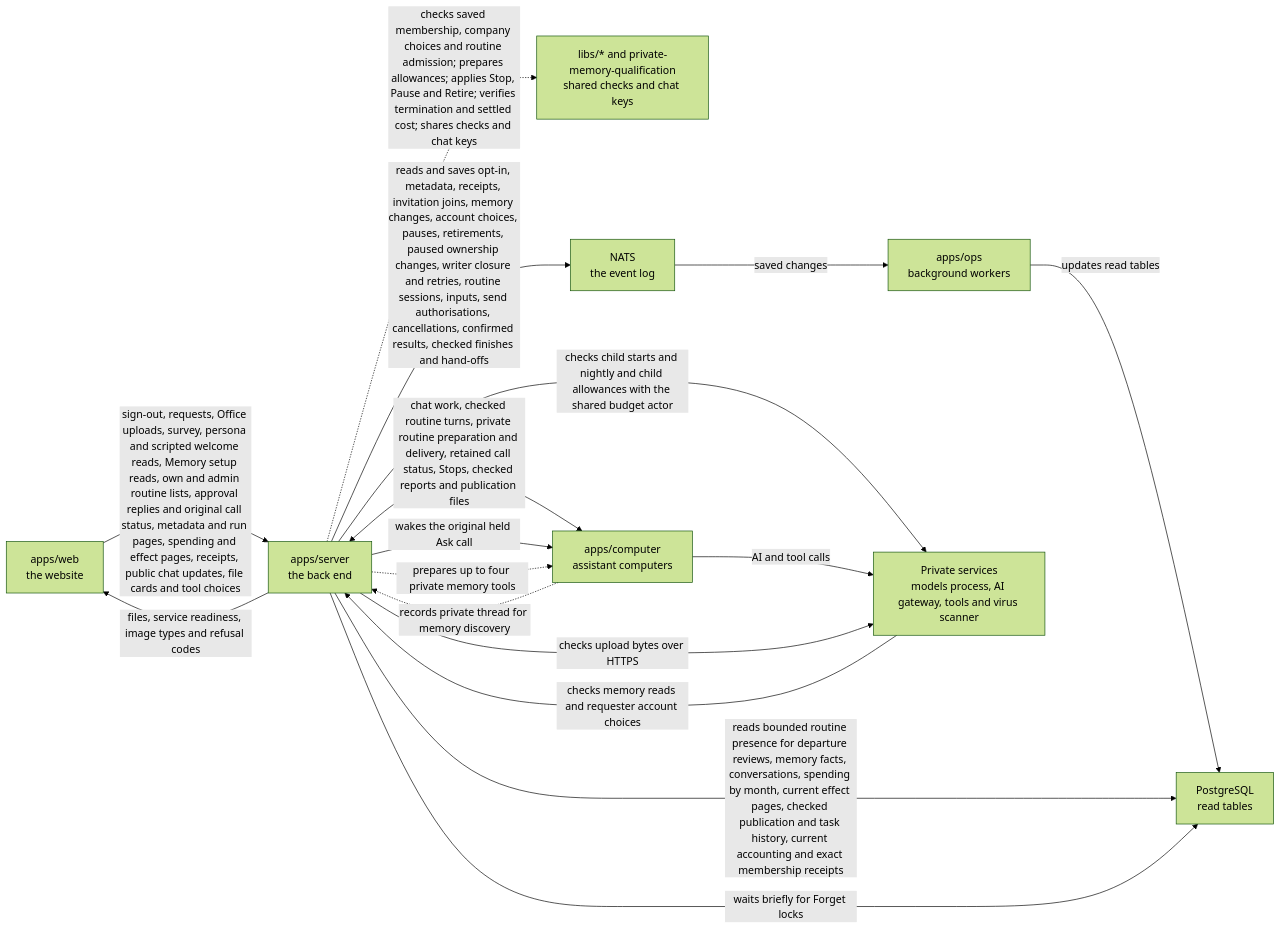
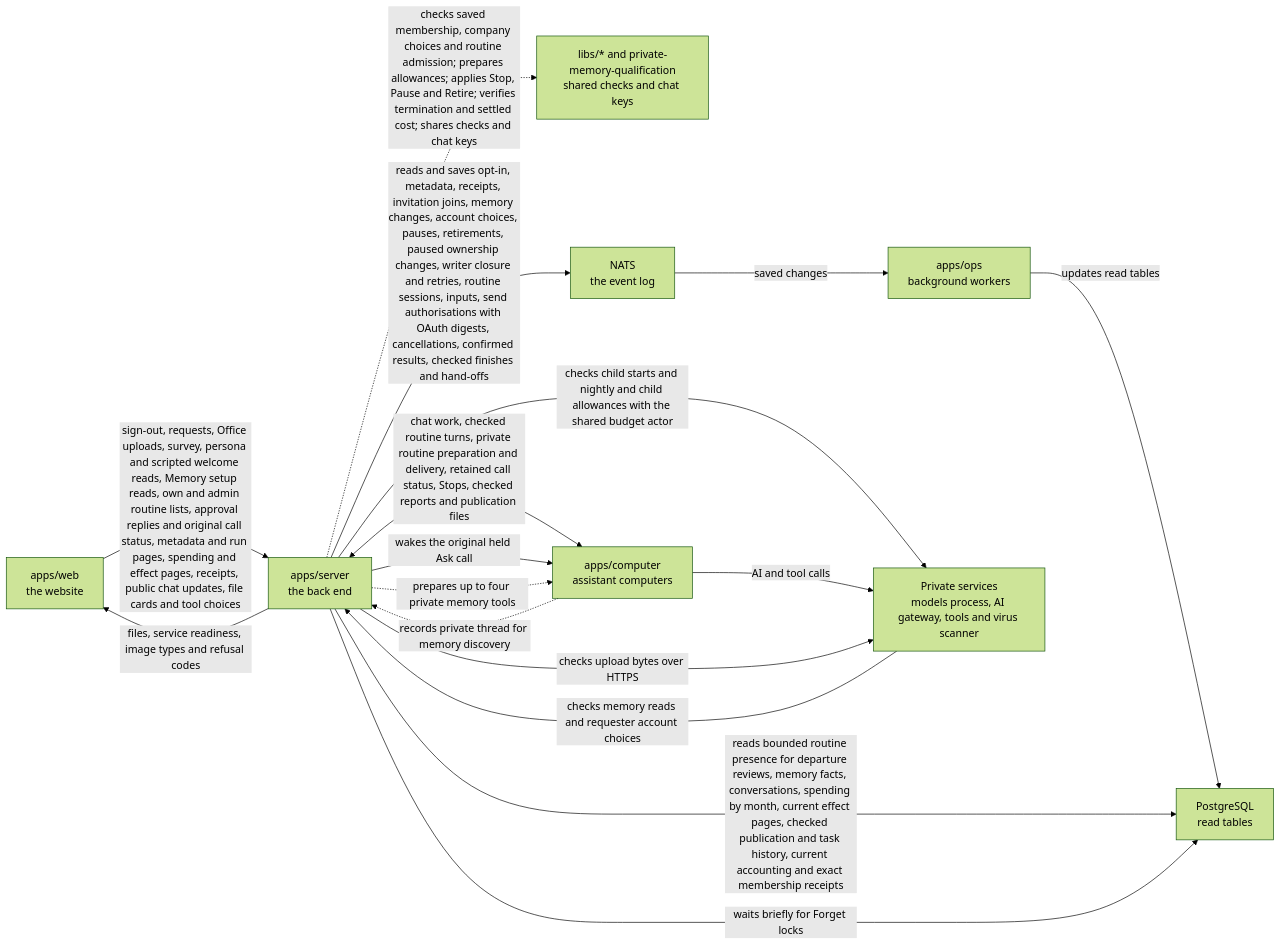
The diagram in apps/server/README.md (elewa-git/opencrane-new), drawn with Mermaid (forest theme) before and after one commit. The commit also changed other lines of this file and 15 other files, not shown here.

Commit message:
🔒 Bind routine send authorisation to checked OAuth settings

````diff
--- a/apps/server/README.md
+++ b/apps/server/README.md
@@ -228,19 +228,19 @@
 ```mermaid
 flowchart LR
   web["apps/web<br/>the website"] -->|sign-out, requests, Office uploads, survey, persona and scripted welcome reads, Memory setup reads, own and admin routine lists, approval replies and original call status, metadata and run pages, spending and effect pages, receipts, public chat updates, file cards and tool choices| server["apps/server<br/>the back end"]
   server -.->|checks saved membership, company choices and routine admission; prepares allowances; applies Stop, Pause and Retire; verifies termination and settled cost; shares checks and chat keys| libs["libs/* and private-memory-qualification<br/>shared checks and chat keys"]
-  server -->|reads and saves opt-in, metadata, receipts, invitation joins, memory changes, account choices, pauses, retirements, paused ownership changes, writer closure and retries, routine sessions, inputs, send authorisations, cancellations, confirmed results, checked finishes and hand-offs| nats["NATS<br/>the event log"]
+  server -->|reads and saves opt-in, metadata, receipts, invitation joins, memory changes, account choices, pauses, retirements, paused ownership changes, writer closure and retries, routine sessions, inputs, send authorisations with OAuth digests, cancellations, confirmed results, checked finishes and hand-offs| nats["NATS<br/>the event log"]
   nats -->|saved changes| ops["apps/ops<br/>background workers"]
   ops -->|updates read tables| postgres["PostgreSQL<br/>read tables"]
   server -->|reads bounded routine presence for departure reviews, memory facts, conversations, spending by month, current effect pages, checked publication and task history, current accounting and exact membership receipts| postgres
   server -->|waits briefly for Forget locks| postgres
   server <-->|chat work, checked routine turns, private routine preparation and delivery, retained call status, Stops, checked reports and publication files| computer["apps/computer<br/>assistant computers"]
   server -->|wakes the original held Ask call| computer
   server -->|checks child starts and nightly and child allowances with the shared budget actor| runtime
   computer -.->|records private thread for memory discovery| server
   server -.->|prepares up to four private memory tools| computer
   computer -->|AI and tool calls| runtime["Private services<br/>models process, AI gateway, tools and virus scanner"]
   server -->|files, service readiness, image types and refusal codes| web
   server -->|checks upload bytes over HTTPS| runtime
   runtime -->|checks memory reads and requester account choices| server
 ```
````
